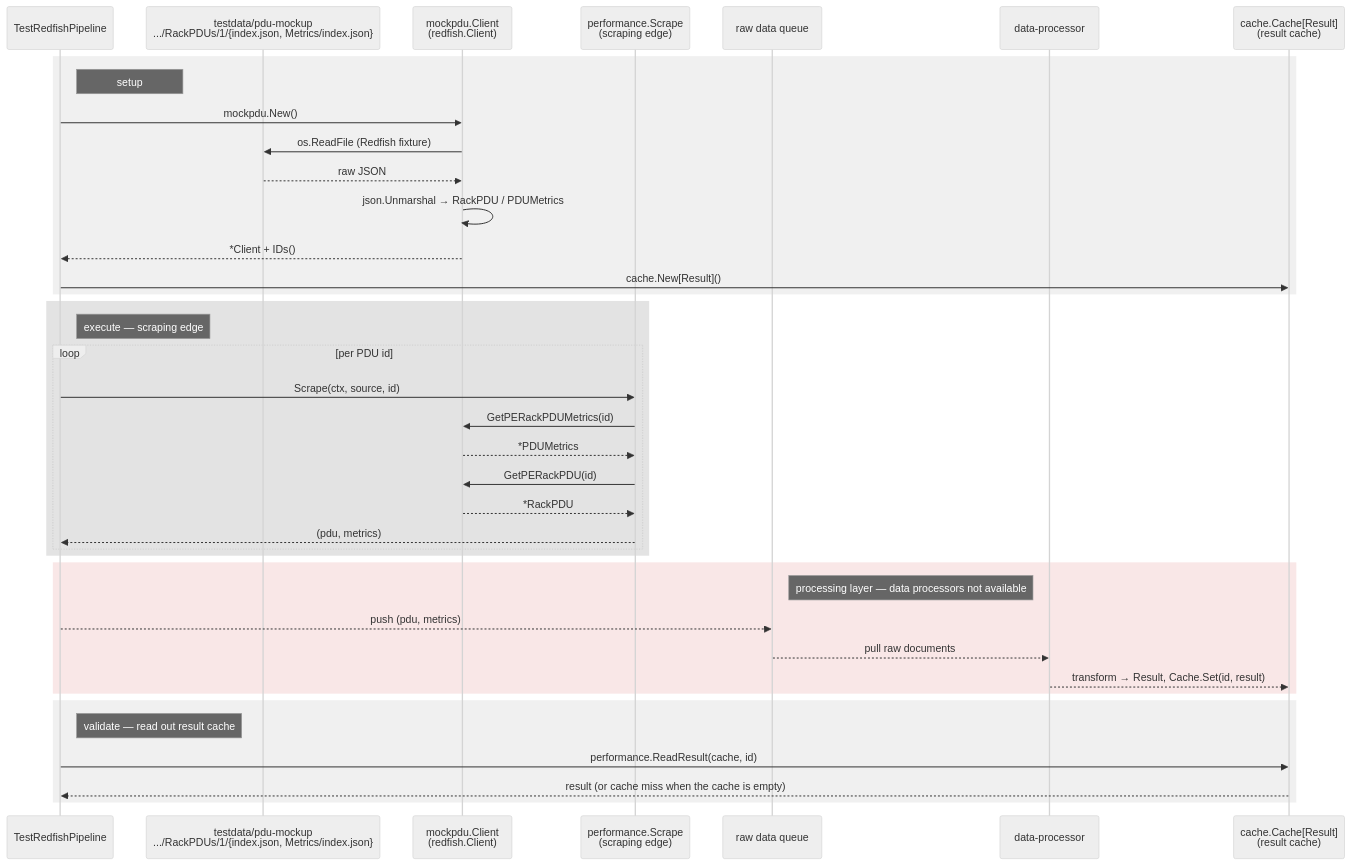
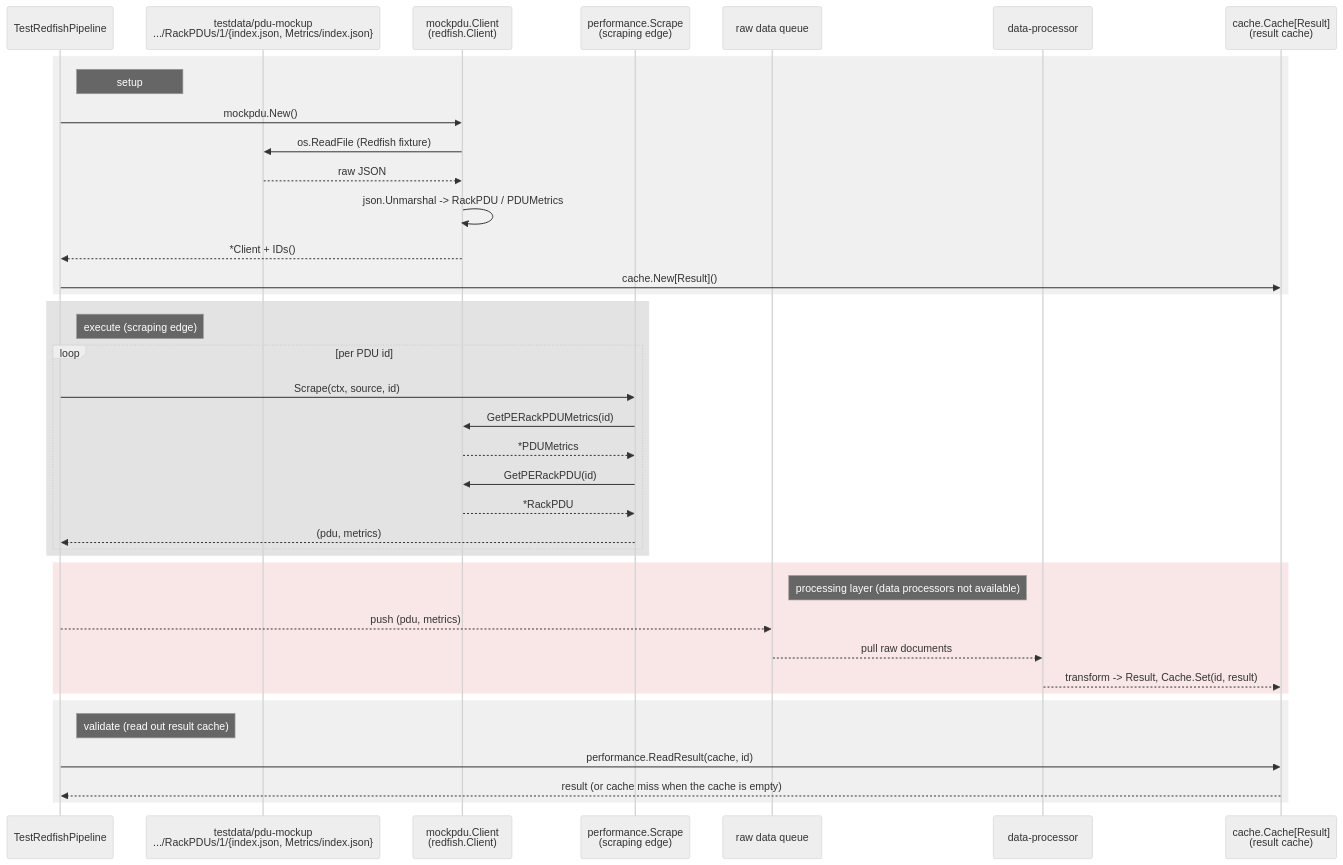
Before and after one commit to cloudoperators/rootstock: the second of 2 diagrams in docs/testing/performance-testing.md, drawn with Mermaid (neutral theme). The commit also changed other lines of this file, not shown here.

````diff
--- a/docs/testing/performance-testing.md
+++ b/docs/testing/performance-testing.md
@@ -120,45 +121,45 @@
 ```mermaid
 sequenceDiagram
     participant Test as TestRedfishPipeline
     participant Data as testdata/pdu-mockup<br/>.../RackPDUs/1/{index.json, Metrics/index.json}
     participant Mock as mockpdu.Client<br/>(redfish.Client)
     participant Scrape as performance.Scrape<br/>(scraping edge)
     participant Queue as raw data queue
     participant Proc as data-processor
     participant Cache as cache.Cache[Result]<br/>(result cache)
 
     rect rgba(128, 128, 128, 0.12)
         note right of Test: setup
         Test->>Mock: mockpdu.New()
         Mock->>Data: os.ReadFile (Redfish fixture)
         Data-->>Mock: raw JSON
-        Mock->>Mock: json.Unmarshal → RackPDU / PDUMetrics
+        Mock->>Mock: json.Unmarshal -> RackPDU / PDUMetrics
         Mock-->>Test: *Client + IDs()
         Test->>Cache: cache.New[Result]()
     end
 
     rect rgba(128, 128, 128, 0.22)
-        note right of Test: execute — scraping edge
+        note right of Test: execute (scraping edge)
         loop per PDU id
             Test->>Scrape: Scrape(ctx, source, id)
             Scrape->>Mock: GetPERackPDUMetrics(id)
             Mock-->>Scrape: *PDUMetrics
             Scrape->>Mock: GetPERackPDU(id)
             Mock-->>Scrape: *RackPDU
             Scrape-->>Test: (pdu, metrics)
         end
     end
 
     rect rgba(220, 120, 120, 0.18)
-        note right of Queue: processing layer — data processors not available
+        note right of Queue: processing layer (data processors not available)
         Test-->>Queue: push (pdu, metrics)
         Queue-->>Proc: pull raw documents
-        Proc-->>Cache: transform → Result, Cache.Set(id, result)
+        Proc-->>Cache: transform -> Result, Cache.Set(id, result)
     end
 
     rect rgba(128, 128, 128, 0.12)
-        note right of Test: validate — read out result cache
+        note right of Test: validate (read out result cache)
         Test->>Cache: performance.ReadResult(cache, id)
         Cache-->>Test: result (or cache miss when the cache is empty)
     end
 ```
````
